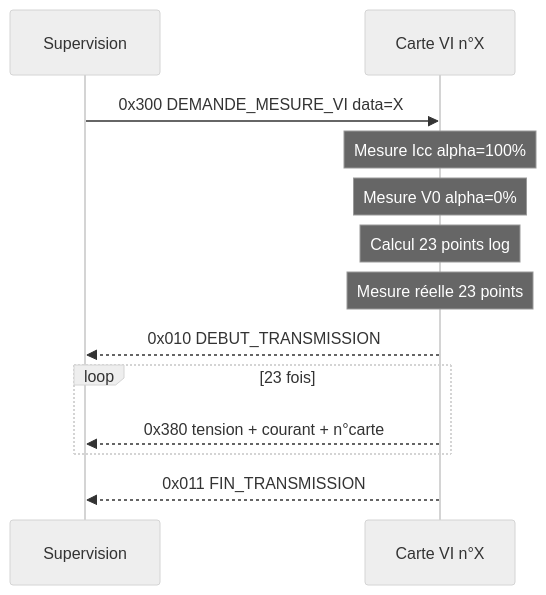
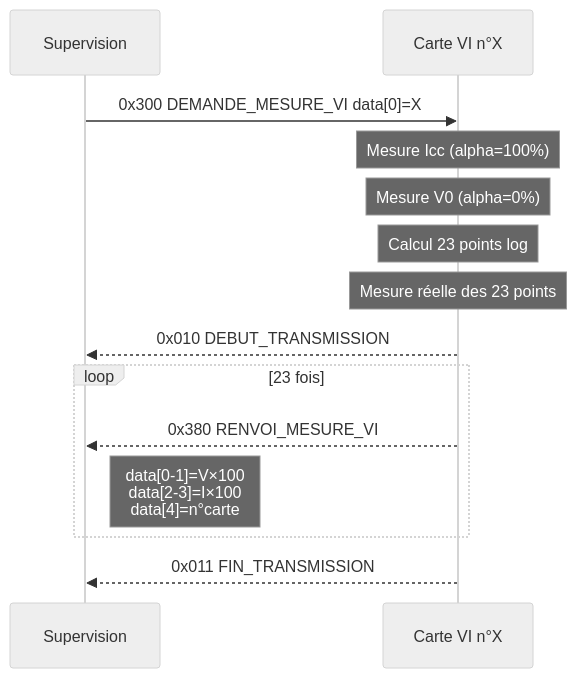
One commit to baptisteB00/Projet_LAOS changed the fifth of 8 diagrams in docs/can_protocol.md. Above: the diagram before and after it, drawn with Mermaid (neutral theme). The commit also changed other lines of this file, not shown here.

````diff
--- a/docs/can_protocol.md
+++ b/docs/can_protocol.md
@@ -182,16 +256,17 @@
 ```mermaid
 sequenceDiagram
     participant SUP as Supervision
     participant VI as Carte VI n°X
 
-    SUP->>VI: 0x300 DEMANDE_MESURE_VI data=X
-    Note over VI: Mesure Icc alpha=100%
-    Note over VI: Mesure V0 alpha=0%
+    SUP->>VI: 0x300 DEMANDE_MESURE_VI data[0]=X
+    Note over VI: Mesure Icc (alpha=100%)
+    Note over VI: Mesure V0 (alpha=0%)
     Note over VI: Calcul 23 points log
-    Note over VI: Mesure réelle 23 points
+    Note over VI: Mesure réelle des 23 points
     VI-->>SUP: 0x010 DEBUT_TRANSMISSION
     loop 23 fois
-        VI-->>SUP: 0x380 tension + courant + n°carte
+        VI-->>SUP: 0x380 RENVOI_MESURE_VI
+        Note right of SUP: data[0-1]=V×100<br/>data[2-3]=I×100<br/>data[4]=n°carte
     end
     VI-->>SUP: 0x011 FIN_TRANSMISSION
 ```
````
